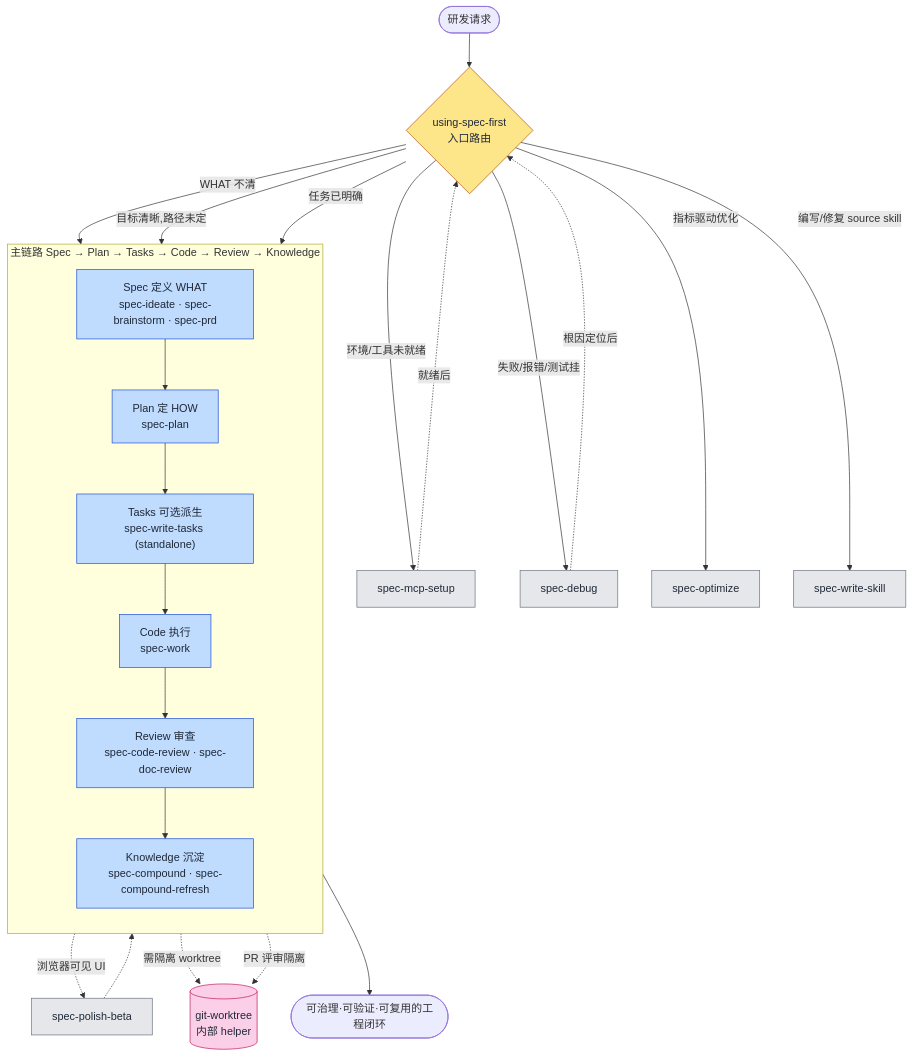
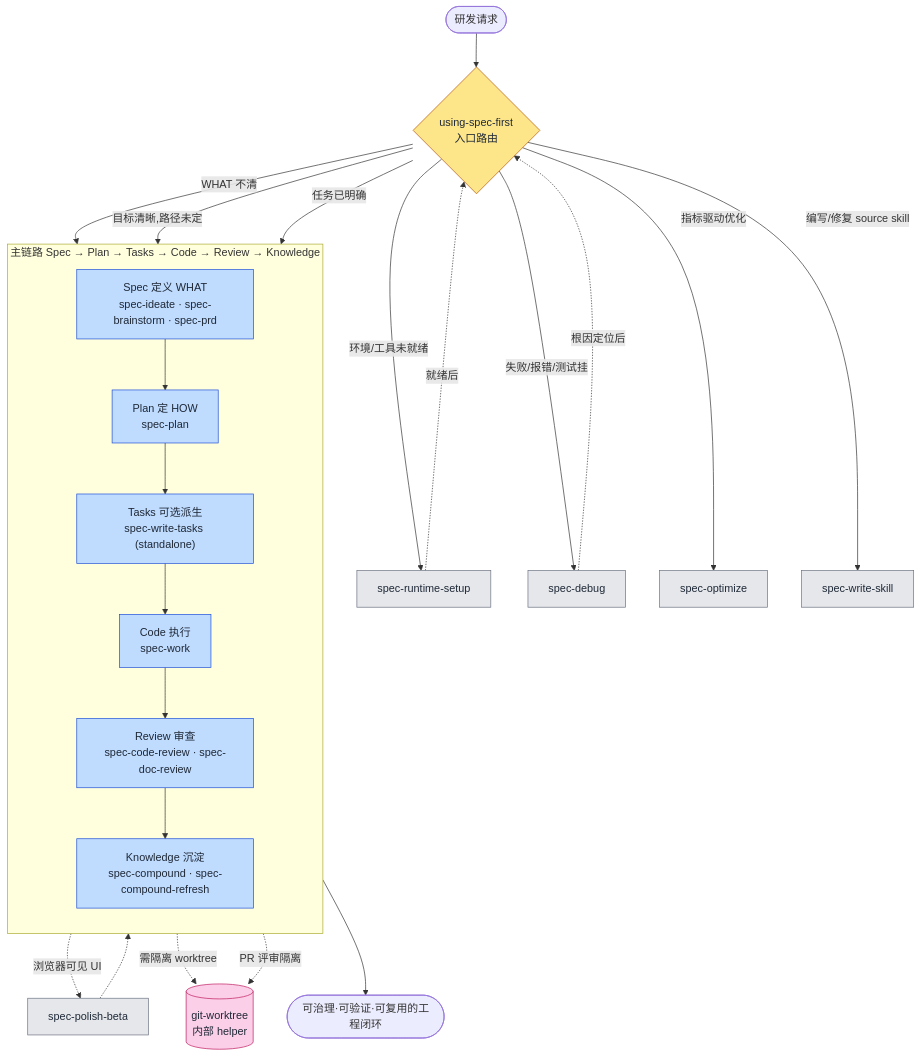
Before and after one commit to leo-kuang-ai/spec-first: the diagram in 研发场景-workflow执行链路.md, drawn with Mermaid. The commit also changed other lines of this file and 151 other files, not shown here.

Commit message:
refactor(runtime-setup): rename public setup entrypoint

````diff
--- a/研发场景-workflow执行链路.md
+++ b/研发场景-workflow执行链路.md
@@ -59,50 +59,50 @@
 ```mermaid
 flowchart TD
     Start([研发请求]) --> Gov{using-spec-first<br/>入口路由}
 
     %% 旁路/支撑
-    Gov -->|环境/工具未就绪| Setup["spec-mcp-setup"]
+    Gov -->|环境/工具未就绪| Setup["spec-runtime-setup"]
     Gov -->|失败/报错/测试挂| Debug["spec-debug"]
     Gov -->|指标驱动优化| Opt["spec-optimize"]
     Gov -->|编写/修复 source skill| WriteSkill["spec-write-skill"]
     Setup -.就绪后.-> Gov
     Debug -.根因定位后.-> Gov
 
     %% 主链路
     Gov -->|WHAT 不清| Spec
     Gov -->|目标清晰,路径未定| Plan
     Gov -->|任务已明确| Code
 
     subgraph 主链路 [主链路 Spec → Plan → Tasks → Code → Review → Knowledge]
         direction TB
         Spec["Spec 定义 WHAT<br/>spec-ideate · spec-brainstorm · spec-prd"]
         Plan["Plan 定 HOW<br/>spec-plan"]
         Tasks["Tasks 可选派生<br/>spec-write-tasks (standalone)"]
         Code["Code 执行<br/>spec-work"]
         Review["Review 审查<br/>spec-code-review · spec-doc-review"]
         Know["Knowledge 沉淀<br/>spec-compound · spec-compound-refresh"]
 
         Spec --> Plan --> Tasks --> Code --> Review --> Know
     end
 
     %% UI 打磨旁路
     Code -.浏览器可见 UI.-> Polish["spec-polish-beta"]
     Polish -.-> Review
 
     %% 内部 helper
     Code -.需隔离 worktree.-> WT[(git-worktree<br/>内部 helper)]
     Review -.PR 评审隔离.-> WT
 
     Know --> End([可治理·可验证·可复用的工程闭环])
 
     classDef gov fill:#fde68a,stroke:#b45309,color:#1f2937;
     classDef main fill:#bfdbfe,stroke:#1d4ed8,color:#1f2937;
     classDef side fill:#e5e7eb,stroke:#6b7280,color:#1f2937;
     classDef helper fill:#fbcfe8,stroke:#be185d,color:#1f2937;
 
     class Gov gov;
     class Spec,Plan,Tasks,Code,Review,Know main;
     class Setup,Debug,Opt,Polish side;
     class WriteSkill side;
     class WT helper;
 ```
````
